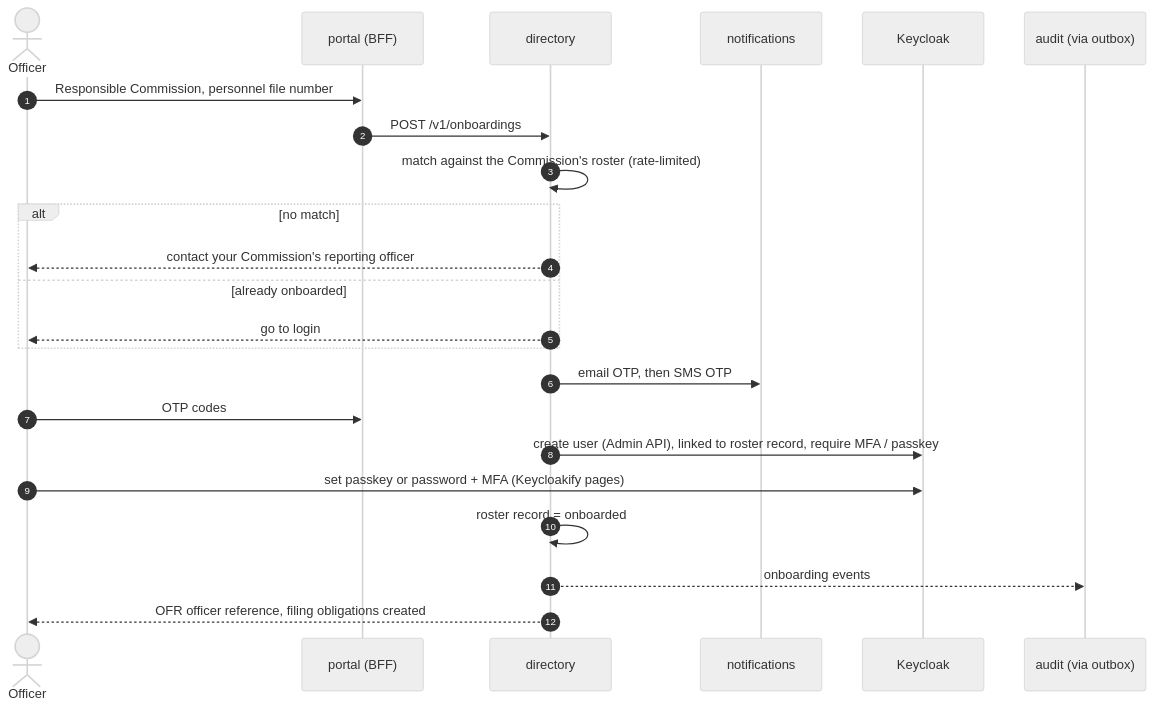
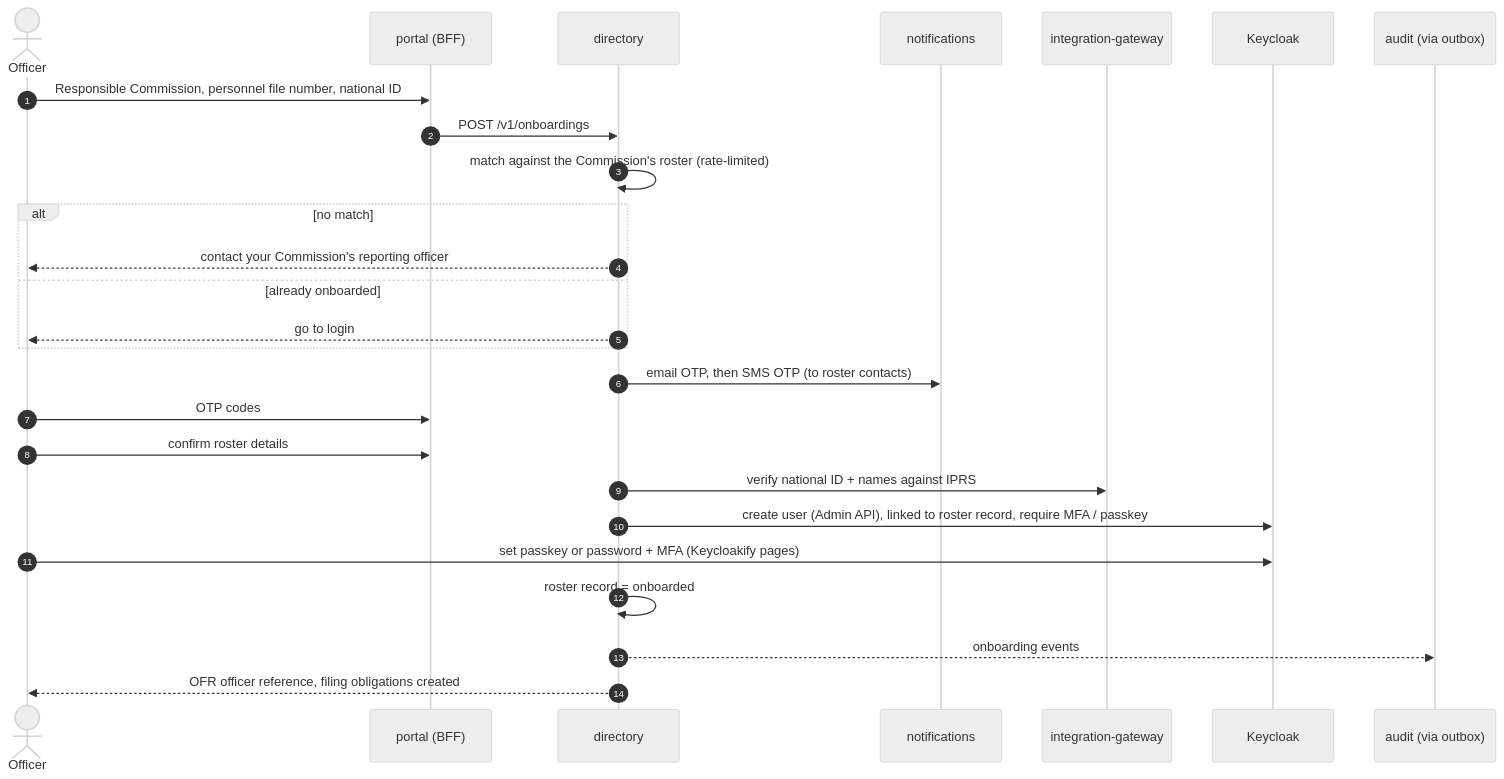
The third of 14 diagrams in docs/architecture/README.md (muliswilliam/adili-v3), drawn with Mermaid (neutral theme) before and after one commit. The commit also changed 3 other files, not shown here.

````diff
--- a/docs/architecture/README.md
+++ b/docs/architecture/README.md
@@ -221,26 +221,29 @@
 ```mermaid
 sequenceDiagram
     autonumber
     actor O as Officer
     participant P as portal (BFF)
     participant DIR as directory
     participant NOT as notifications
+    participant INT as integration-gateway
     participant KC as Keycloak
     participant AUD as audit (via outbox)
 
-    O->>P: Responsible Commission, personnel file number
+    O->>P: Responsible Commission, personnel file number, national ID
     P->>DIR: POST /v1/onboardings
     DIR->>DIR: match against the Commission's roster (rate-limited)
     alt no match
         DIR-->>O: contact your Commission's reporting officer
     else already onboarded
         DIR-->>O: go to login
     end
-    DIR->>NOT: email OTP, then SMS OTP
+    DIR->>NOT: email OTP, then SMS OTP (to roster contacts)
     O->>P: OTP codes
+    O->>P: confirm roster details
+    DIR->>INT: verify national ID + names against IPRS
     DIR->>KC: create user (Admin API), linked to roster record, require MFA / passkey
     O->>KC: set passkey or password + MFA (Keycloakify pages)
     DIR->>DIR: roster record = onboarded
     DIR-->>AUD: onboarding events
     DIR-->>O: OFR officer reference, filing obligations created
 ```
````
